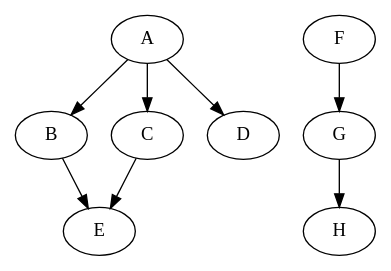
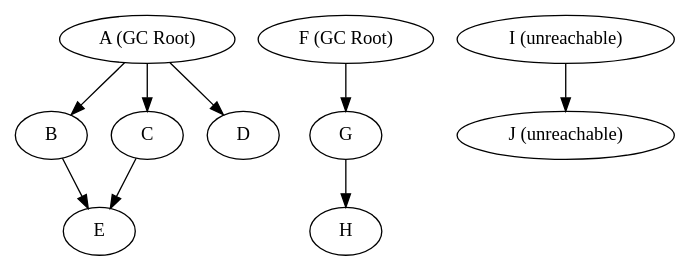
Before and after one commit to symentispl/jvm-internals-and-tunning: the diagram in src/main/asciidoc/garbage-collection.adoc, drawn with Graphviz. The commit also changed other lines of this file, not shown here.

```diff
--- a/src/main/asciidoc/garbage-collection.adoc
+++ b/src/main/asciidoc/garbage-collection.adoc
@@ -109,15 +109,22 @@
 [graphviz]
 ----
 digraph {
 	A->B
 	A->C
 	A->D
 
 	B->E
 	C->E
 
 	F->G
 	G->H
 
+  I->J
+
+  A [label="A (GC Root)"]
+  F [label="F (GC Root)"]
+  I [label="I (unreachable)"]
+  J [label="J (unreachable)"]
+
 }
 ----
```
